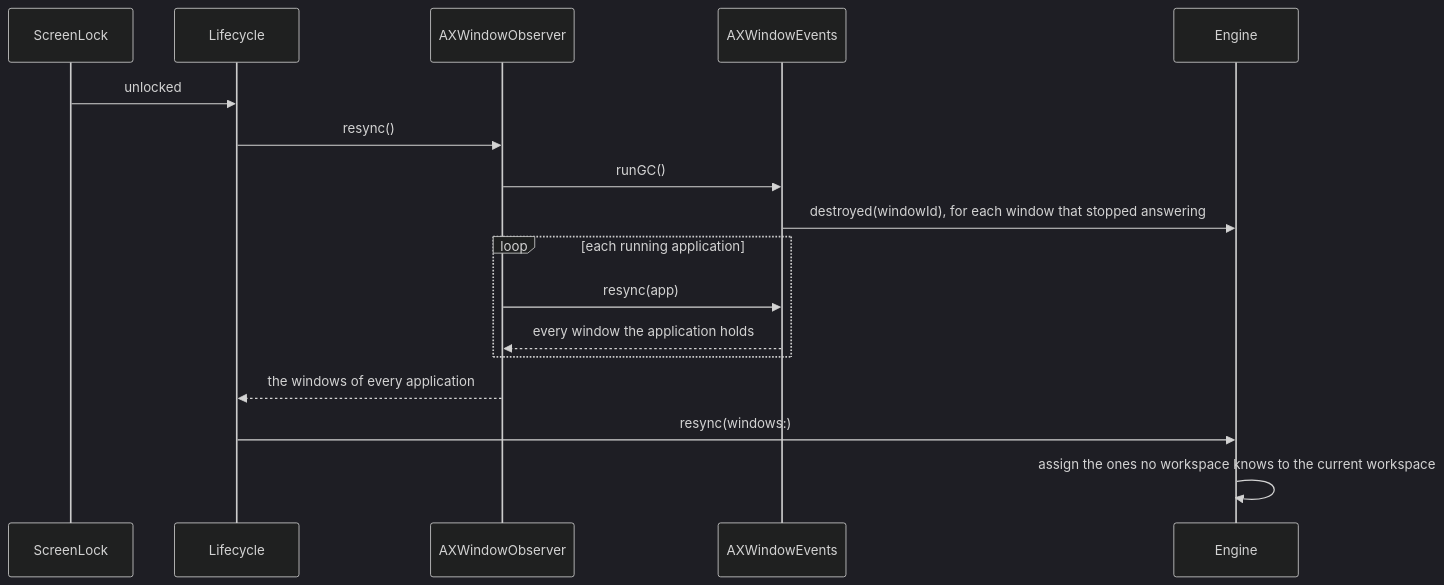
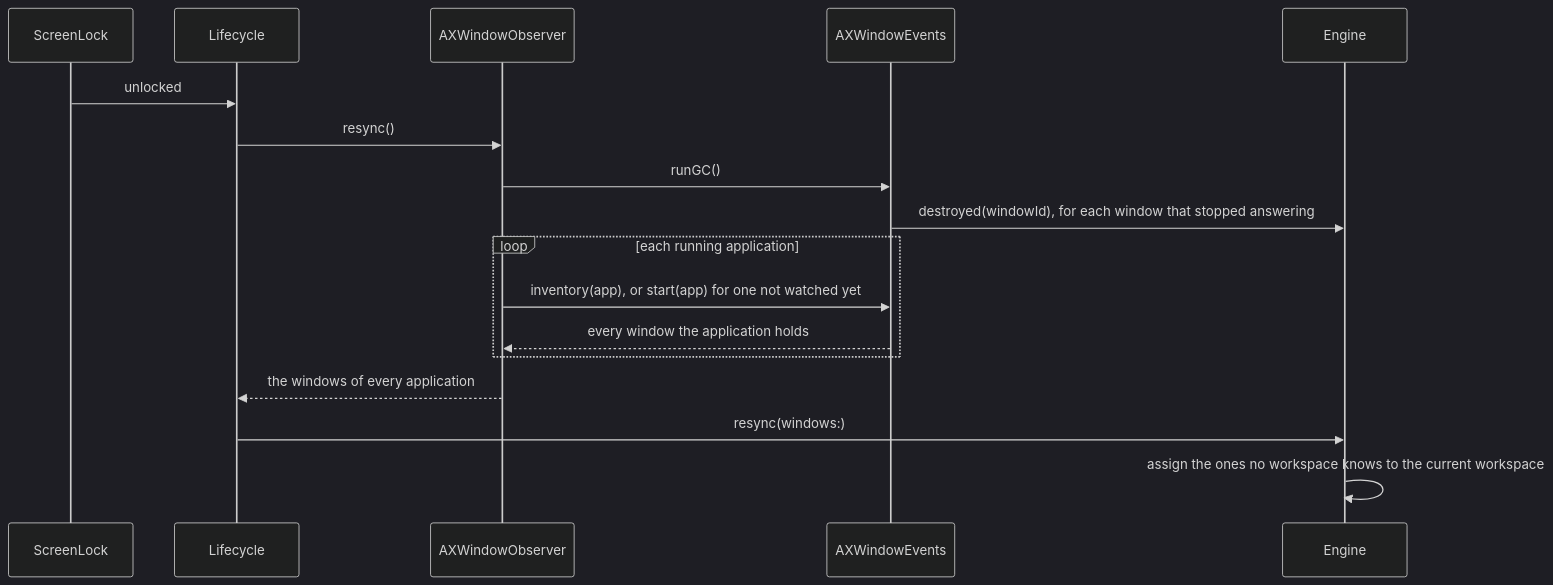
Diagram 15 of 18 in ARCHITECTURE.md (brennovich/ottowm), drawn with Mermaid (dark theme) before and after one commit. The commit also changed other lines of this file and 4 other files, not shown here.

First line of the commit message:
Rename reconcile and resync to discover and inventory

````diff
--- a/ARCHITECTURE.md
+++ b/ARCHITECTURE.md
@@ -333,14 +333,14 @@
 ```mermaid
 sequenceDiagram
     ScreenLock->>Lifecycle: unlocked
     Lifecycle->>AXWindowObserver: resync()
     AXWindowObserver->>AXWindowEvents: runGC()
     AXWindowEvents->>Engine: destroyed(windowId), for each window that stopped answering
     loop each running application
-        AXWindowObserver->>AXWindowEvents: resync(app)
+        AXWindowObserver->>AXWindowEvents: inventory(app), or start(app) for one not watched yet
         AXWindowEvents-->>AXWindowObserver: every window the application holds
     end
     AXWindowObserver-->>Lifecycle: the windows of every application
     Lifecycle->>Engine: resync(windows:)
     Engine->>Engine: assign the ones no workspace knows to the current workspace
 ```
````
